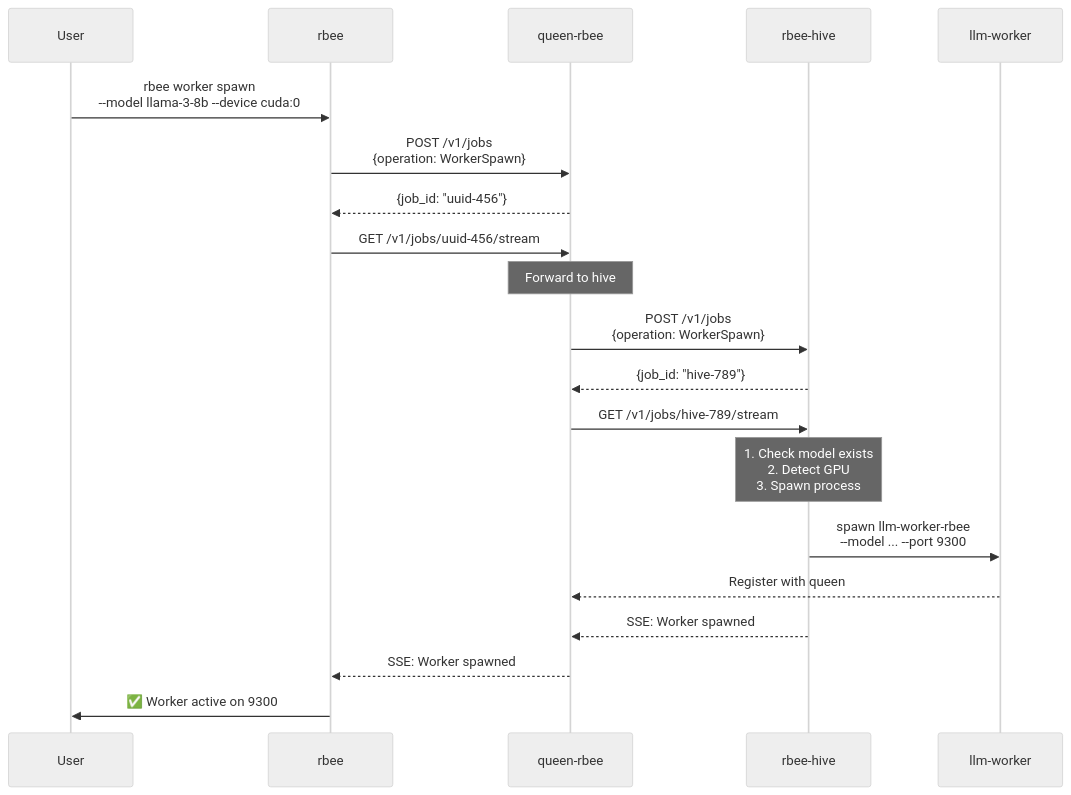
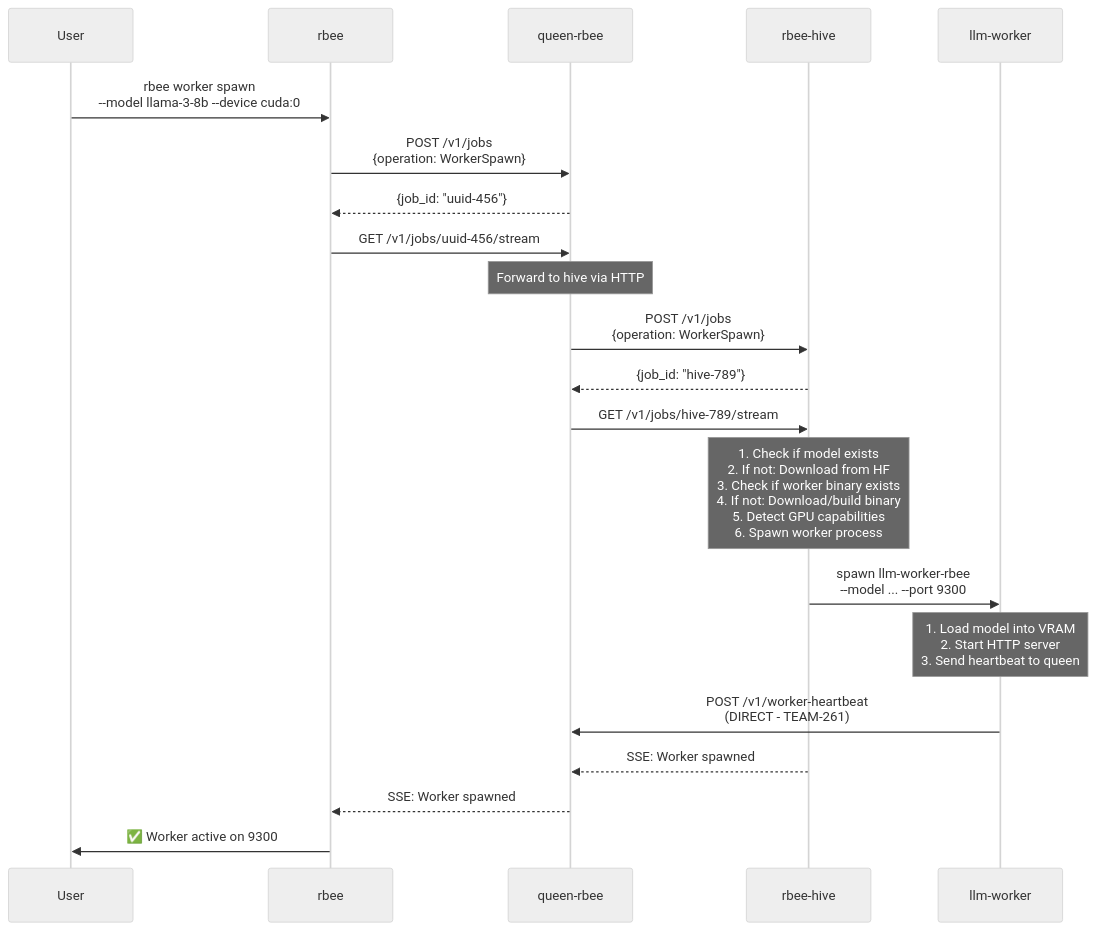
Before and after one commit to veighnsche/llama-orch: the third of 5 diagrams in README.md, drawn with Mermaid (neutral theme). The commit also changed other lines of this file and 1 other file, not shown here.

Commit message:
docs: simplify architecture from 4 to 3 core binaries and update SSH-based deployment flow

````diff
--- a/README.md
+++ b/README.md
@@ -710,33 +719,35 @@
 ```mermaid
 sequenceDiagram
     participant User
     participant Keeper as rbee
     participant Queen as queen-rbee
     participant Hive as rbee-hive
     participant Worker as llm-worker
     
     User->>Keeper: rbee worker spawn<br/>--model llama-3-8b --device cuda:0
     
     Keeper->>Queen: POST /v1/jobs<br/>{operation: WorkerSpawn}
     Queen-->>Keeper: {job_id: "uuid-456"}
     
     Keeper->>Queen: GET /v1/jobs/uuid-456/stream
     
-    Note over Queen: Forward to hive
+    Note over Queen: Forward to hive via HTTP
     
     Queen->>Hive: POST /v1/jobs<br/>{operation: WorkerSpawn}
     Hive-->>Queen: {job_id: "hive-789"}
     
     Queen->>Hive: GET /v1/jobs/hive-789/stream
     
-    Note over Hive: 1. Check model exists<br/>2. Detect GPU<br/>3. Spawn process
+    Note over Hive: 1. Check if model exists<br/>2. If not: Download from HF<br/>3. Check if worker binary exists<br/>4. If not: Download/build binary<br/>5. Detect GPU capabilities<br/>6. Spawn worker process
     
     Hive->>Worker: spawn llm-worker-rbee<br/>--model ... --port 9300
     
-    Worker-->>Queen: Register with queen
+    Note over Worker: 1. Load model into VRAM<br/>2. Start HTTP server<br/>3. Send heartbeat to queen
+    
+    Worker->>Queen: POST /v1/worker-heartbeat<br/>(DIRECT - TEAM-261)
     
     Hive-->>Queen: SSE: Worker spawned
     Queen-->>Keeper: SSE: Worker spawned
     
     Keeper->>User: ✅ Worker active on 9300
 ```
````
